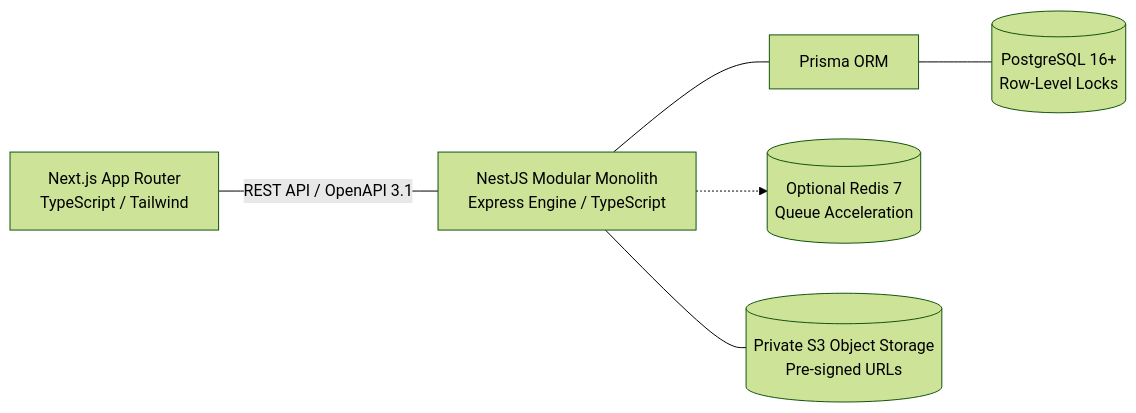
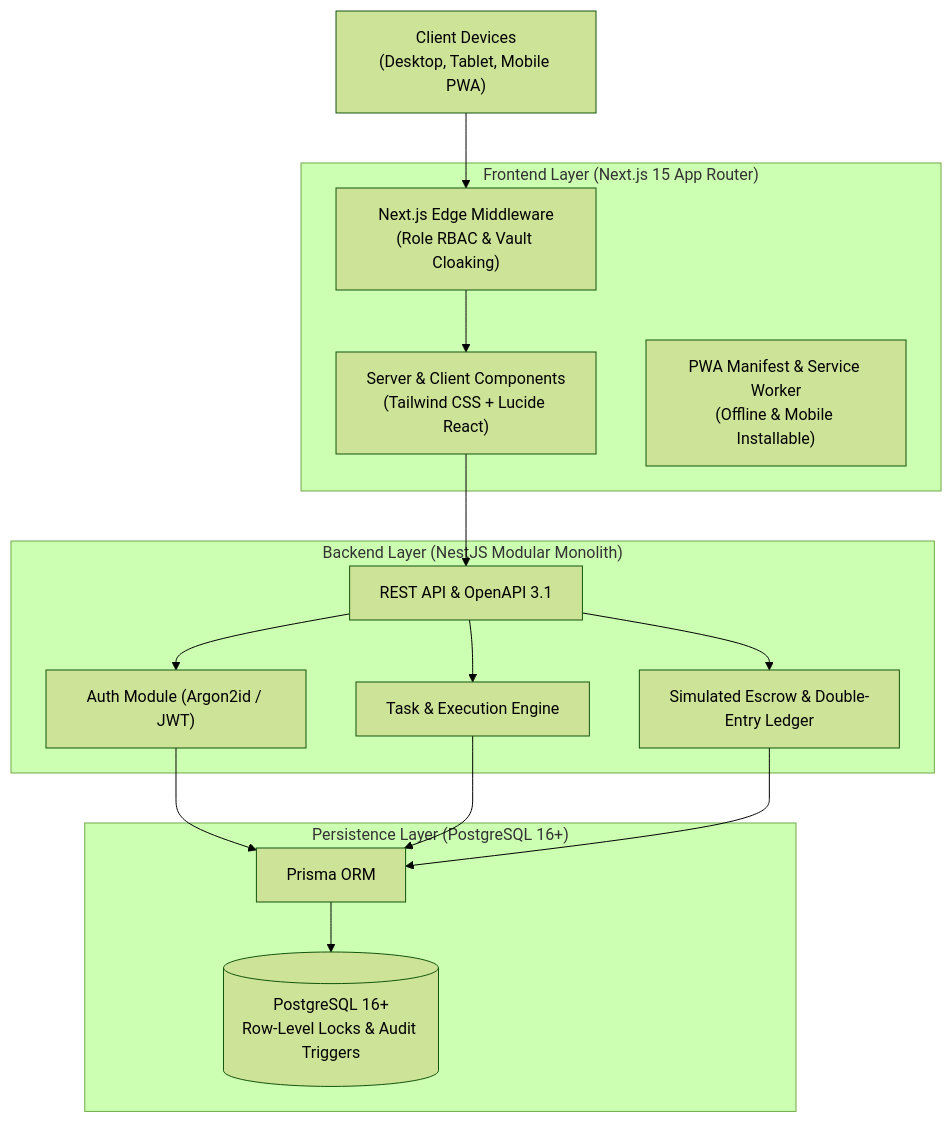
One commit to md-shihab-ahmed/earnxpress changed the diagram in README.md. Above: the diagram before and after it, drawn with Mermaid (forest theme). The commit also changed other lines of this file and 138 other files, not shown here.

````diff
--- a/README.md
+++ b/README.md
@@ -34,8 +55,33 @@
 ```mermaid
-graph LR
-    Next[Next.js App Router<br/>TypeScript / Tailwind] ---|REST API / OpenAPI 3.1| Nest[NestJS Modular Monolith<br/>Express Engine / TypeScript]
-    Nest --- Prisma[Prisma ORM]
-    Prisma --- PG[(PostgreSQL 16+<br/>Row-Level Locks)]
-    Nest -.-> Redis[(Optional Redis 7<br/>Queue Acceleration)]
-    Nest --- S3[(Private S3 Object Storage<br/>Pre-signed URLs)]
+graph TD
+    Client["Client Devices<br/>(Desktop, Tablet, Mobile PWA)"]
+    
+    subgraph Frontend ["Frontend Layer (Next.js 15 App Router)"]
+        Pages["Server & Client Components<br/>(Tailwind CSS + Lucide React)"]
+        Middleware["Next.js Edge Middleware<br/>(Role RBAC & Vault Cloaking)"]
+        PWA["PWA Manifest & Service Worker<br/>(Offline & Mobile Installable)"]
+    end
+
+    subgraph Backend ["Backend Layer (NestJS Modular Monolith)"]
+        API["REST API & OpenAPI 3.1"]
+        AuthMod["Auth Module (Argon2id / JWT)"]
+        TaskMod["Task & Execution Engine"]
+        FinanceMod["Simulated Escrow & Double-Entry Ledger"]
+    end
+
+    subgraph Database ["Persistence Layer (PostgreSQL 16+)"]
+        Prisma["Prisma ORM"]
+        PG[("PostgreSQL 16+<br/>Row-Level Locks & Audit Triggers")]
+    end
+
+    Client --> Middleware
+    Middleware --> Pages
+    Pages --> API
+    API --> AuthMod
+    API --> TaskMod
+    API --> FinanceMod
+    AuthMod --> Prisma
+    TaskMod --> Prisma
+    FinanceMod --> Prisma
+    Prisma --> PG
 ```
````
